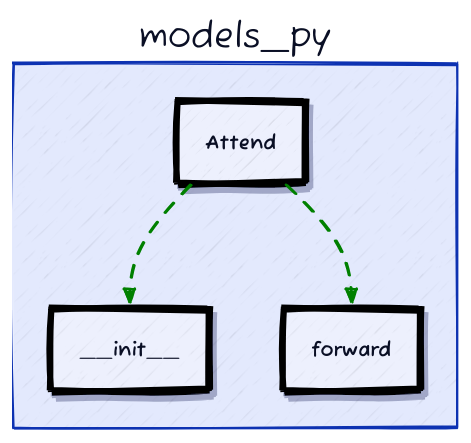
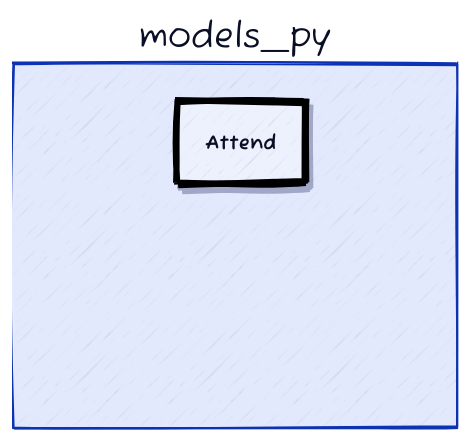
The diagram in eoh/d2_output/test.d2 (fangyuan-ksgk/heuristic-search), drawn with D2 before and after one commit. The commit also changed 6 other files, not shown here.

Commit message:
fix on growing diagram progress frame plotting

```diff
--- a/eoh/d2_output/test.d2
+++ b/eoh/d2_output/test.d2
@@ -1,86 +1,86 @@
 vars: {
   d2-config: {
     sketch: true
   }
 }
 classes: {
   file: {
     label: ""
     shape: circle
     width: 40
     style: {
       fill: yellow
       shadow: true
     }
   }
 }
 
 classes: {
   class object: {
     label: ""
     shape: diamond
     width: 45
     height: 40
     style: {
       fill: blue
       shadow: true
     }
   }
 }
 
 classes: {
   class object: {
     label: ""
     shape: square
     width: 40
     height: 30
     style: {
       fill: gray
       shadow: false
     }
   }
 }
 models_py.Attend.class: class
 models_py.Attend.label: "Attend"
 models_py.Attend: {
   style: {
     opacity: 1.00
     stroke: "black"
     stroke-width: 5
     shadow: true
   }
 }
 models_py.__init__.class: function
 models_py.__init__.label: "__init__"
 models_py.__init__: {
   style: {
-    opacity: 1.00
+    opacity: 0.00
     stroke: "black"
     stroke-width: 5
     shadow: true
   }
 }
 models_py.forward.class: function
 models_py.forward.label: "forward"
 models_py.forward: {
   style: {
-    opacity: 1.00
+    opacity: 0.00
     stroke: "black"
     stroke-width: 5
     shadow: true
   }
 }
 models_py.Attend -> models_py.__init__: {
   style.stroke: green
-  style.opacity: 1.00
+  style.opacity: 0.00
   style.stroke-width: 2
   style.stroke-dash: 5
   style.animated: true
 }
 models_py.Attend -> models_py.forward: {
   style.stroke: green
-  style.opacity: 1.00
+  style.opacity: 0.00
   style.stroke-width: 2
   style.stroke-dash: 5
   style.animated: true
 }
```
